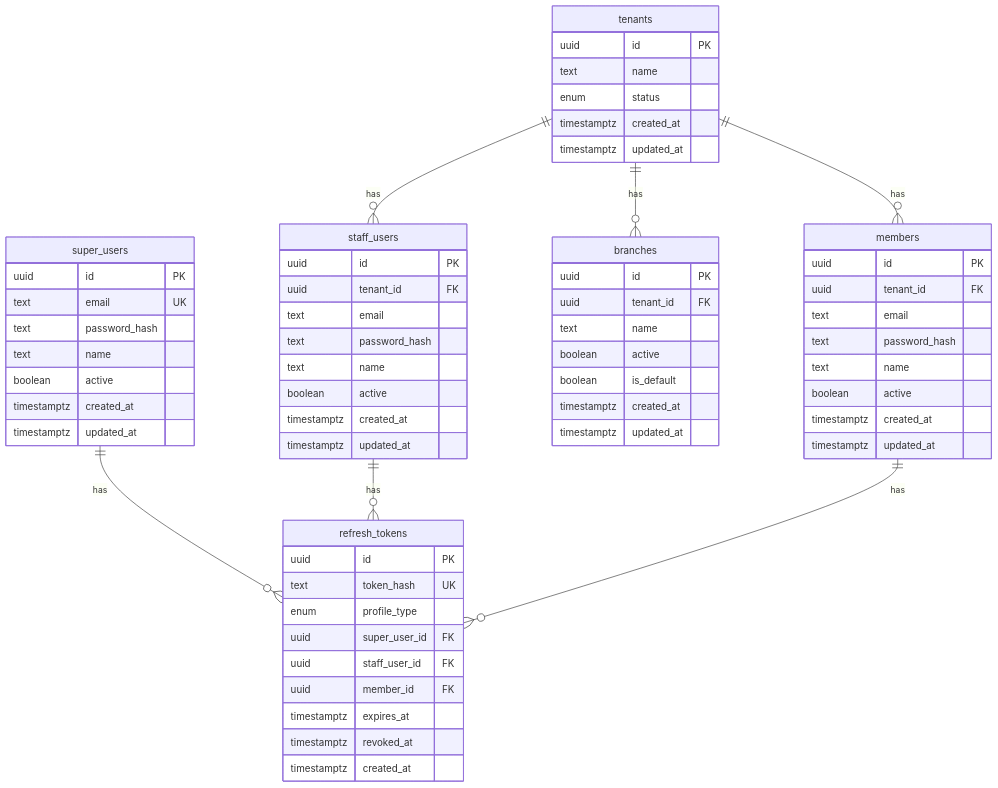
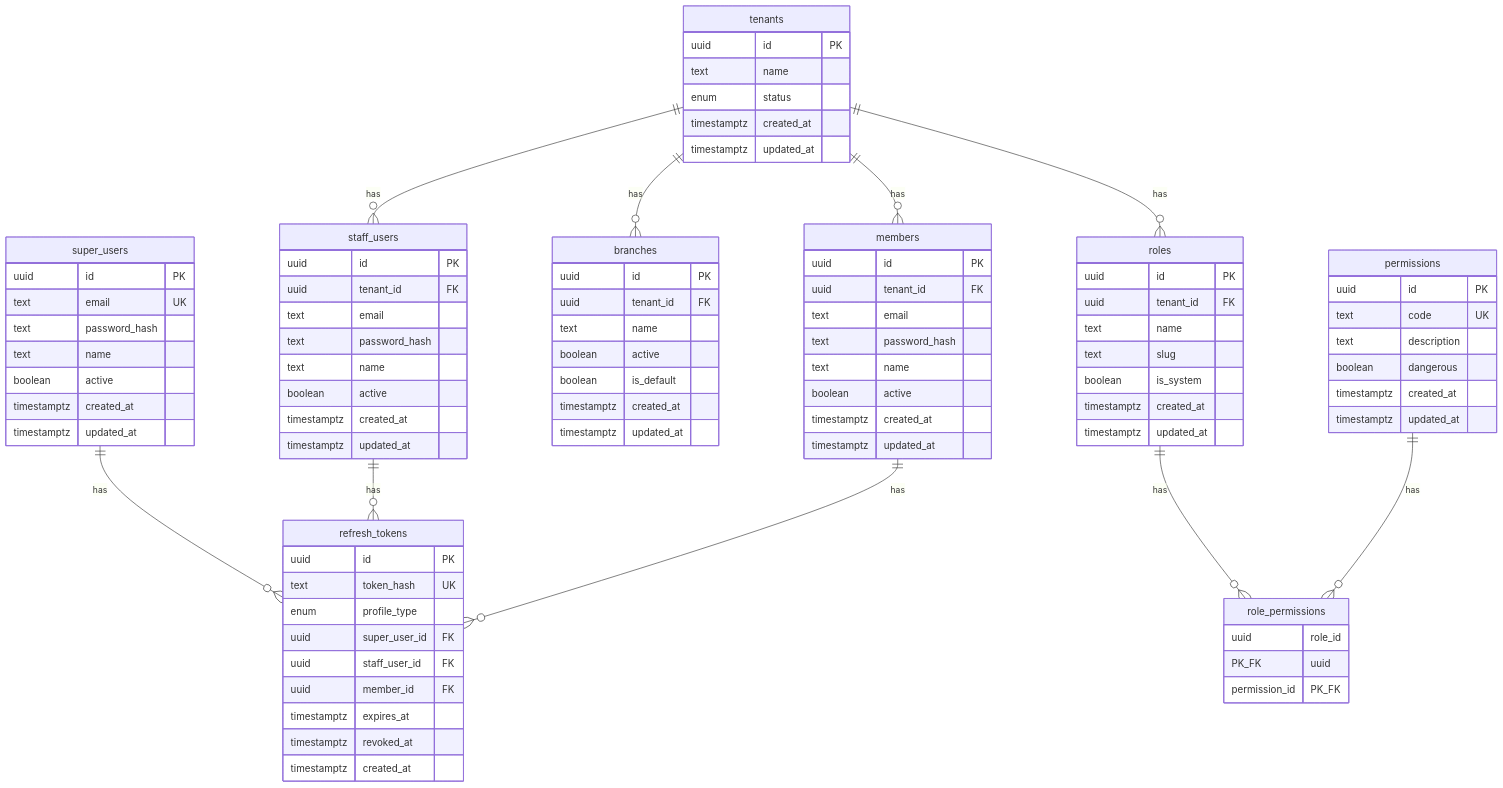
Before and after one commit to LucianoMocchegiani/gym-bro: the diagram in docs/09-esquema-db.md, drawn with Mermaid. The commit also changed other lines of this file and 15 other files, not shown here.

First line of the commit message:
feat(api): seed Admin and Profesor roles on tenant create

```diff
--- a/docs/09-esquema-db.md
+++ b/docs/09-esquema-db.md
@@ -28,6 +28,9 @@
   tenants ||--o{ staff_users : has
   tenants ||--o{ members : has
   tenants ||--o{ branches : has
+  tenants ||--o{ roles : has
+  roles ||--o{ role_permissions : has
+  permissions ||--o{ role_permissions : has
   super_users ||--o{ refresh_tokens : has
   staff_users ||--o{ refresh_tokens : has
   members ||--o{ refresh_tokens : has
@@ -48,6 +51,30 @@
     boolean is_default
     timestamptz created_at
     timestamptz updated_at
+  }
+
+  permissions {
+    uuid id PK
+    text code UK
+    text description
+    boolean dangerous
+    timestamptz created_at
+    timestamptz updated_at
+  }
+
+  roles {
+    uuid id PK
+    uuid tenant_id FK
+    text name
+    text slug
+    boolean is_system
+    timestamptz created_at
+    timestamptz updated_at
+  }
+
+  role_permissions {
+    uuid role_id PK_FK
+    uuid permission_id PK_FK
   }
 
   super_users {
```
